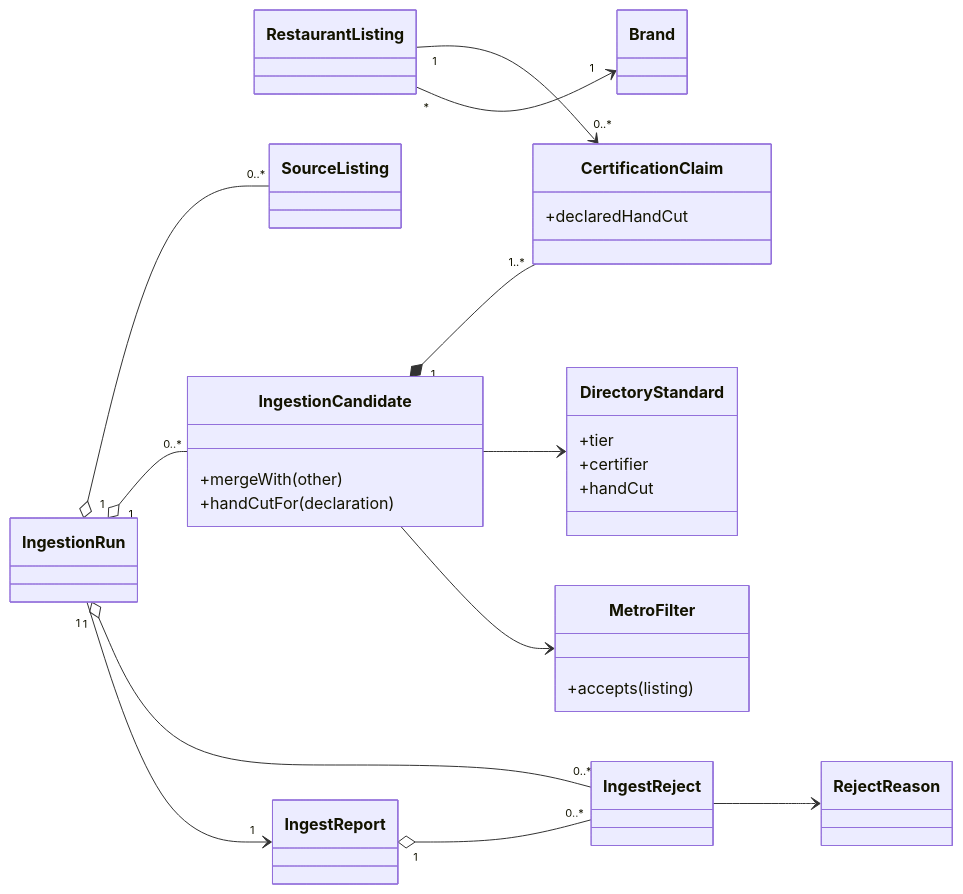
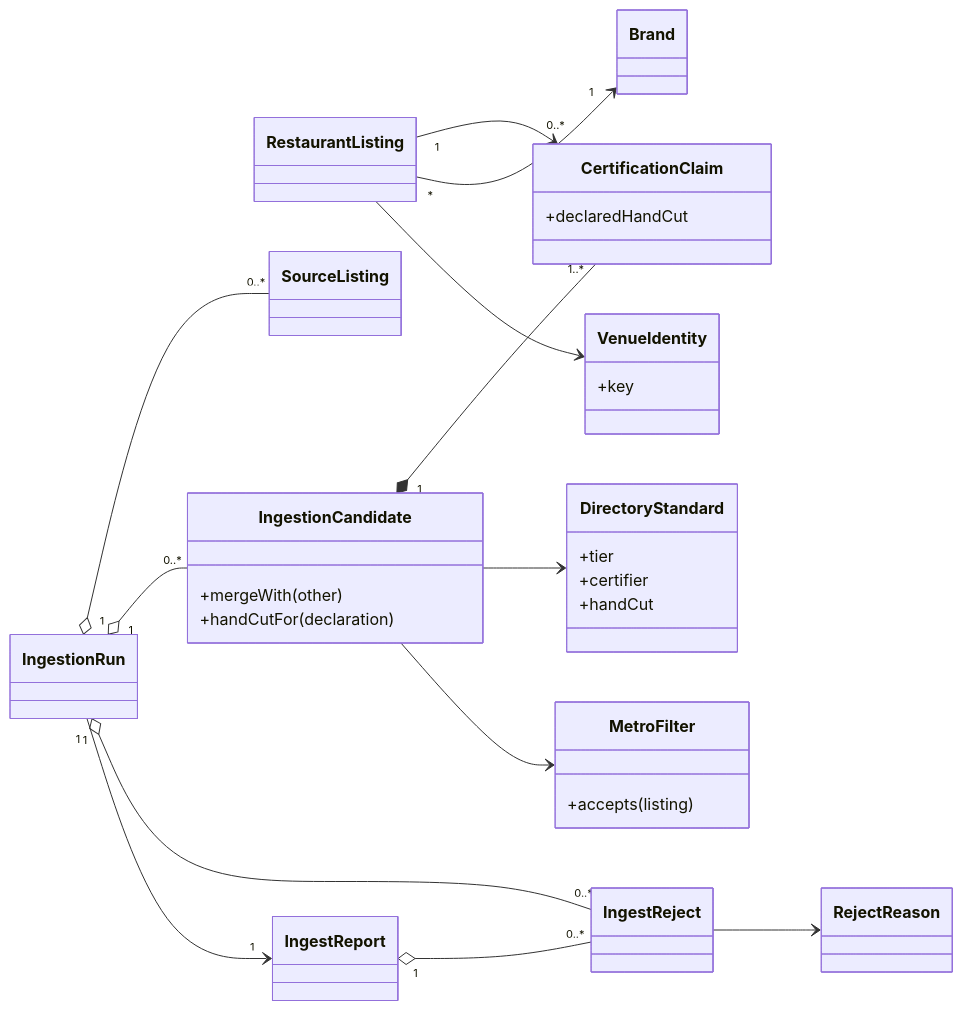
Before and after one commit to Losers-Lab/tahirs-list: the second of 3 diagrams in docs/features/SC-211/05-class-diagram-system.md, drawn with Mermaid. The commit also changed other lines of this file and 8 other files, not shown here.

````diff
--- a/docs/features/SC-211/05-class-diagram-system.md
+++ b/docs/features/SC-211/05-class-diagram-system.md
@@ -38,36 +38,40 @@
 ```mermaid
 classDiagram
   direction LR
   class RestaurantListing
   class Brand
   class CertificationClaim {
     +declaredHandCut
   }
   class IngestionRun
   class IngestionCandidate {
     +mergeWith(other)
     +handCutFor(declaration)
   }
   class SourceListing
   class DirectoryStandard {
     +tier
     +certifier
     +handCut
   }
   class IngestReject
   class MetroFilter {
     +accepts(listing)
   }
+  class VenueIdentity {
+    +key
+  }
 
   IngestionRun "1" o-- "0..*" SourceListing
   IngestionRun "1" o-- "0..*" IngestionCandidate
   IngestionRun "1" o-- "0..*" IngestReject
   IngestionRun "1" --> "1" IngestReport
   IngestionCandidate "1" *-- "1..*" CertificationClaim
   IngestionCandidate --> DirectoryStandard
   IngestionCandidate --> MetroFilter
   RestaurantListing "1" --> "0..*" CertificationClaim
   RestaurantListing "*" --> "1" Brand
+  RestaurantListing --> VenueIdentity
   IngestReport "1" o-- "0..*" IngestReject
   IngestReject --> RejectReason
 ```
````
